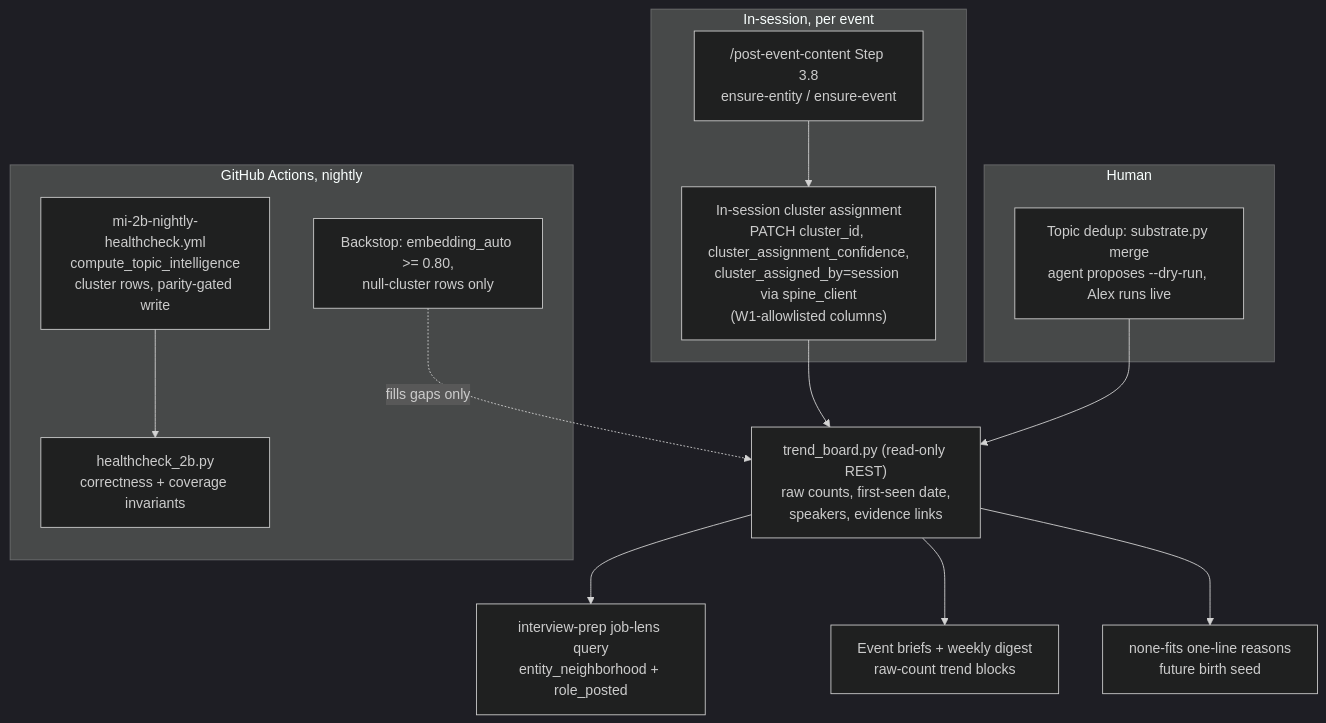
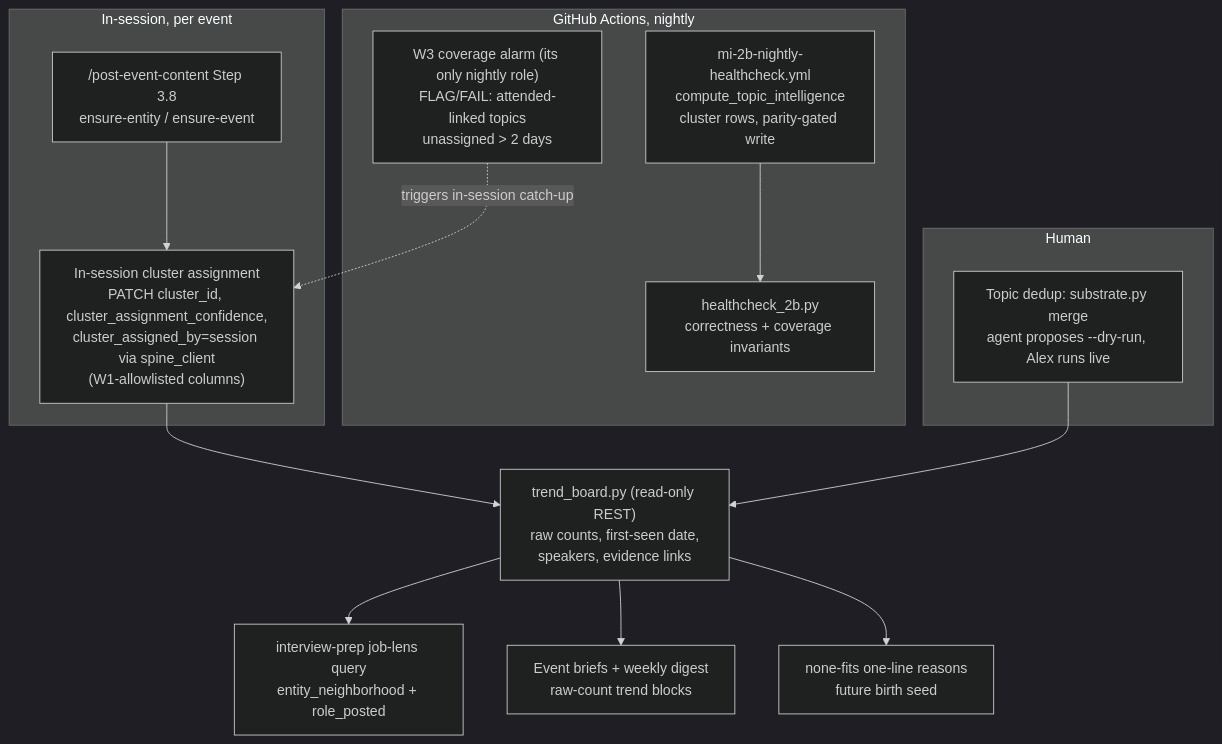
Before and after one commit to AlexYedi/Empire_State_Events_Pipeline_Take_3: the diagram in docs/proposals/2026-11-03-dynamic-topic-taxonomy.md, drawn with Mermaid (dark theme). The commit also changed other lines of this file, not shown here.

````diff
--- a/docs/proposals/2026-11-03-dynamic-topic-taxonomy.md
+++ b/docs/proposals/2026-11-03-dynamic-topic-taxonomy.md
@@ -84,19 +102,19 @@
 ```mermaid
 flowchart TD
     subgraph S["In-session, per event"]
         A["/post-event-content Step 3.8<br/>ensure-entity / ensure-event"] --> B["In-session cluster assignment<br/>PATCH cluster_id, cluster_assignment_confidence,<br/>cluster_assigned_by=session via spine_client<br/>(W1-allowlisted columns)"]
     end
     B --> C["trend_board.py (read-only REST)<br/>raw counts, first-seen date,<br/>speakers, evidence links"]
     C --> D["interview-prep job-lens query<br/>entity_neighborhood + role_posted"]
     C --> E["Event briefs + weekly digest<br/>raw-count trend blocks"]
     C --> F["none-fits one-line reasons<br/>future birth seed"]
     subgraph N["GitHub Actions, nightly"]
         G["mi-2b-nightly-healthcheck.yml<br/>compute_topic_intelligence<br/>cluster rows, parity-gated write"] --> H["healthcheck_2b.py<br/>correctness + coverage invariants"]
-        I["Backstop: embedding_auto >= 0.80,<br/>null-cluster rows only"]
+        I["W3 coverage alarm (its only nightly role)<br/>FLAG/FAIL: attended-linked topics<br/>unassigned > 2 days"]
     end
-    I -. "fills gaps only" .-> C
+    I -. "triggers in-session catch-up" .-> B
     subgraph H2["Human"]
         J["Topic dedup: substrate.py merge<br/>agent proposes --dry-run, Alex runs live"]
     end
     J --> C
 ```
````
